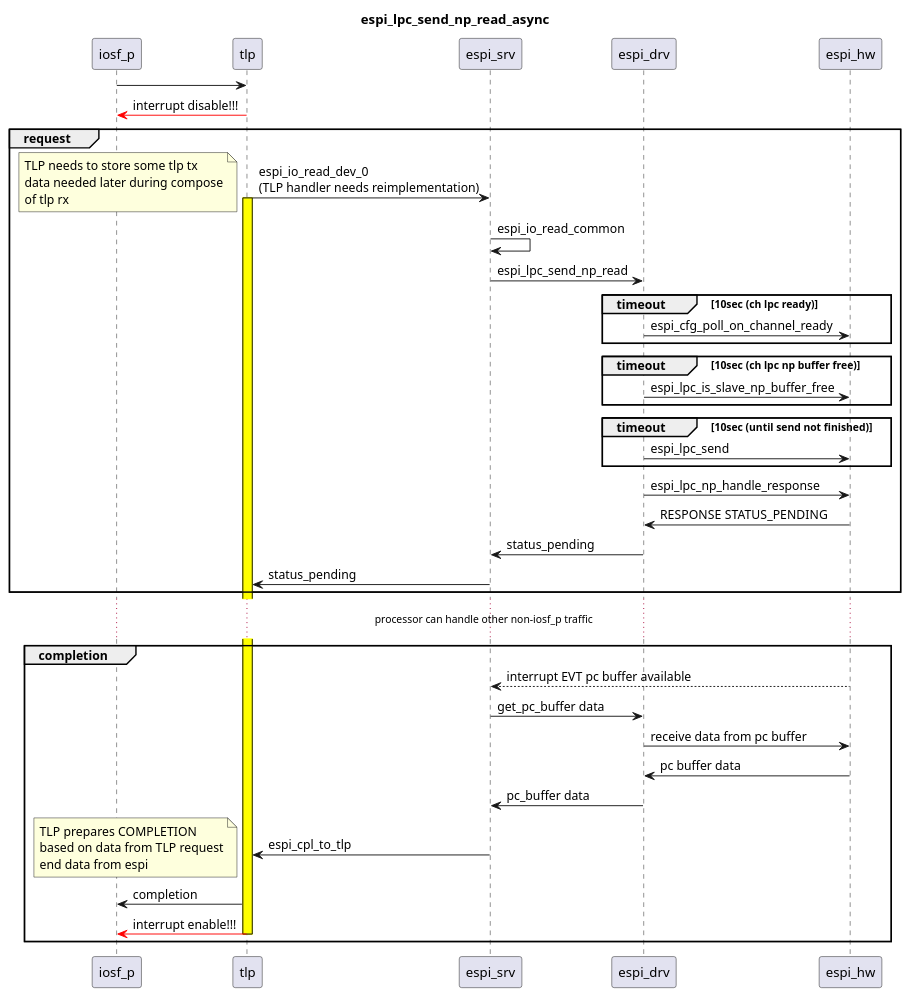
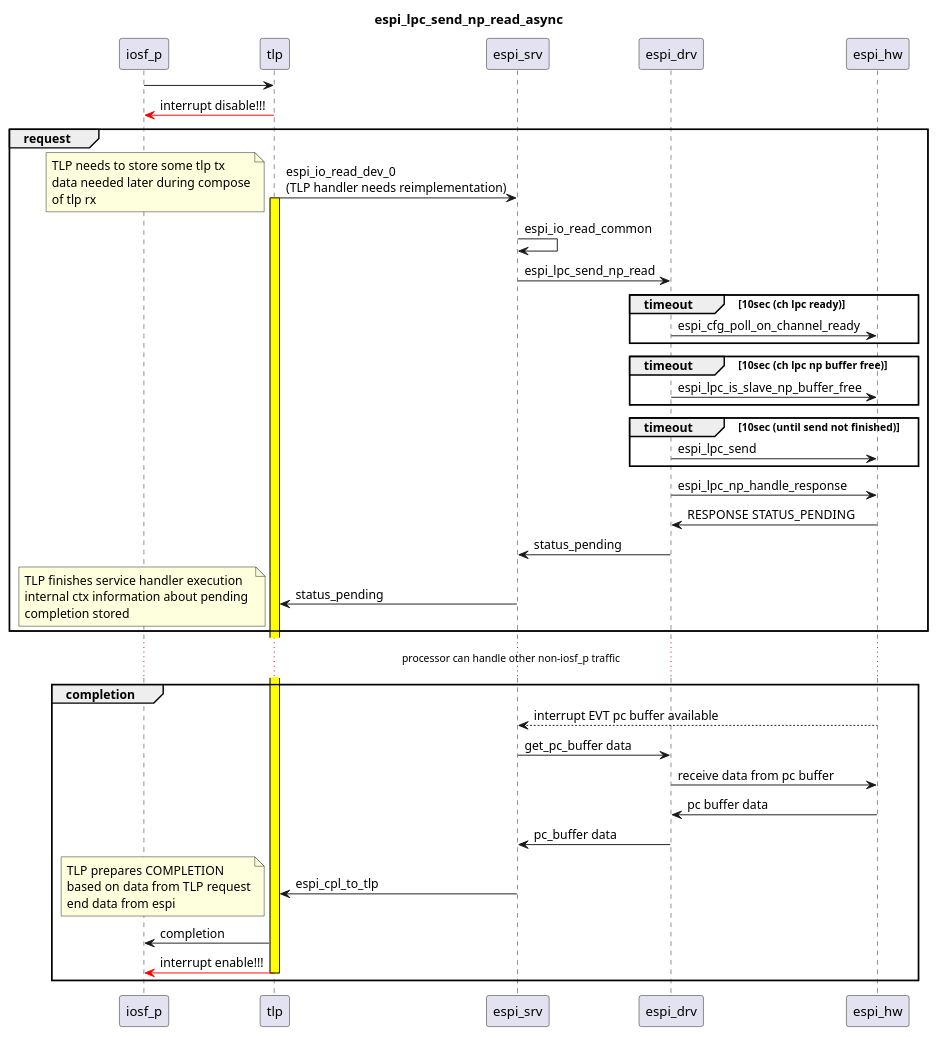
One commit to lgolawsk/plant changed the fourth of 5 diagrams in espi_async.wsd. Above: the diagram before and after it, drawn with PlantUML. The commit also changed 1 other file, not shown here.

```diff
--- a/espi_async.wsd
+++ b/espi_async.wsd
@@ -75,57 +75,62 @@
 @startuml espi_lpc_send_np_read_async
 title espi_lpc_send_np_read_async
 participant iosf_p
 participant tlp
 participant espi_srv
 participant espi_drv
 participant espi_hw
 
 iosf_p -> tlp :
 iosf_p <[#Red]- tlp : interrupt disable!!!
 group request 
 tlp -> espi_srv : espi_io_read_dev_0\n(TLP handler needs reimplementation)
 note left
 TLP needs to store some tlp tx
 data needed later during compose
 of tlp rx
 end note
 activate tlp #Yellow
 {int_begin} espi_srv -> espi_srv : espi_io_read_common
 
 espi_srv -> espi_drv : espi_lpc_send_np_read
 group timeout [10sec (ch lpc ready)]
 espi_drv -> espi_hw : espi_cfg_poll_on_channel_ready
 end
 group timeout [10sec (ch lpc np buffer free)]
 espi_drv ->espi_hw : espi_lpc_is_slave_np_buffer_free
 end
 'espi_drv ->espi_hw : espi_lpc_store_tx_data
 group timeout [10sec (until send not finished)]
 espi_drv ->espi_hw : espi_lpc_send
 end
 espi_drv -> espi_hw : espi_lpc_np_handle_response
 espi_drv <- espi_hw : RESPONSE STATUS_PENDING
 espi_srv <- espi_drv : status_pending
 tlp <- espi_srv : status_pending
+note left
+TLP finishes service handler execution
+internal ctx information about pending 
+completion stored
+end note
 end
 ... processor can handle other non-iosf_p traffic ...
 group completion
 espi_srv <-- espi_hw : interrupt EVT pc buffer available 
 espi_srv -> espi_drv : get_pc_buffer data
 espi_drv -> espi_hw : receive data from pc buffer
 espi_drv <- espi_hw : pc buffer data
 espi_srv <- espi_drv : pc_buffer data
 {int_end} tlp <- espi_srv : espi_cpl_to_tlp
 note left
 TLP prepares COMPLETION
 based on data from TLP request
 end data from espi
 end note
 iosf_p <- tlp : completion
 iosf_p <[#Red]- tlp : interrupt enable!!!
 
 {int_begin} <-> {int_end} : dafdas
 deactivate tlp
 end
 
 @enduml
```
